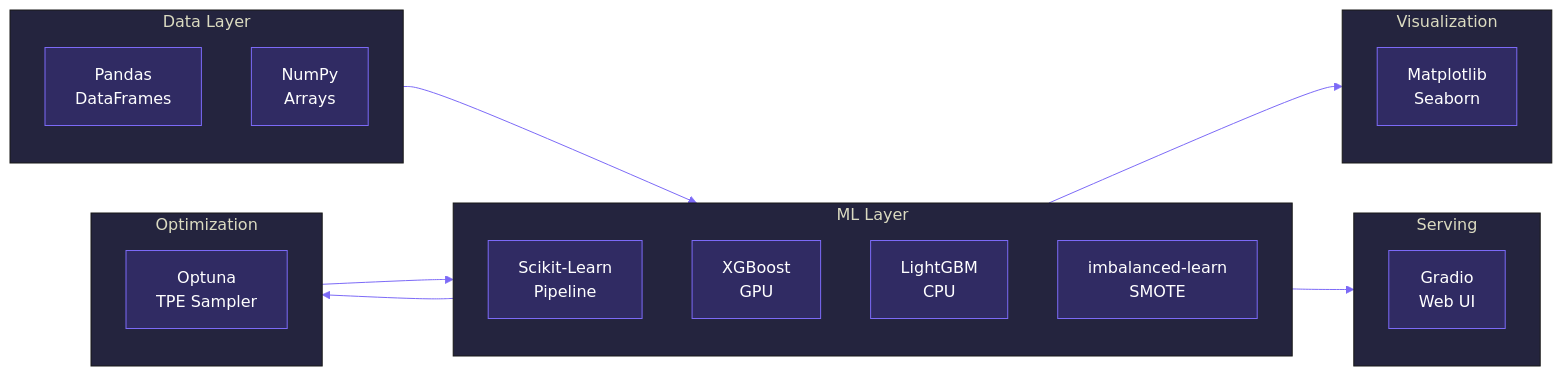
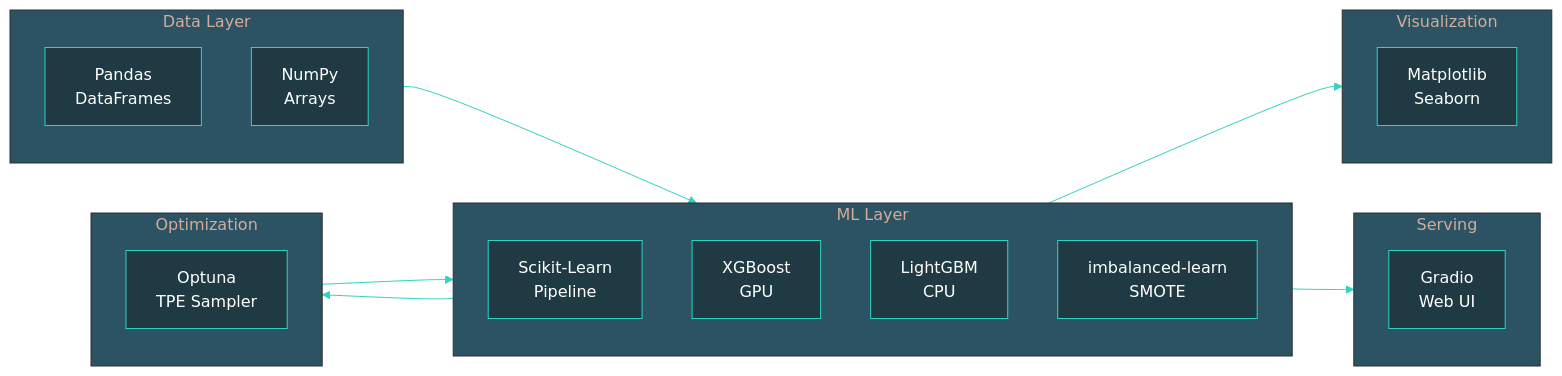
One commit to DARusrus/MedRisk-Classifier changed the third of 4 diagrams in README.md. Above: the diagram before and after it, drawn with Mermaid. The commit also changed other lines of this file, not shown here.

````diff
--- a/README.md
+++ b/README.md
@@ -255,37 +275,37 @@
 ```mermaid
 %%{init: {'theme': 'base', 'themeVariables': {
-  'primaryColor': '#302b63',
+  'primaryColor': '#203a43',
   'primaryTextColor': '#ffffff',
-  'primaryBorderColor': '#7C6AF7',
-  'lineColor': '#7C6AF7',
-  'secondaryColor': '#0f0c29',
-  'tertiaryColor': '#24243e'
+  'primaryBorderColor': '#2DD4BF',
+  'lineColor': '#2DD4BF',
+  'secondaryColor': '#0f2027',
+  'tertiaryColor': '#2c5364'
 }}}%%
 
 flowchart LR
     subgraph DATA["Data Layer"]
         P["Pandas\nDataFrames"]
         N["NumPy\nArrays"]
     end
     subgraph ML["ML Layer"]
         SK["Scikit-Learn\nPipeline"]
         XG["XGBoost\nGPU"]
         LG["LightGBM\nCPU"]
         IM["imbalanced-learn\nSMOTE"]
     end
     subgraph OPT["Optimization"]
         OP["Optuna\nTPE Sampler"]
     end
     subgraph VIZ["Visualization"]
         MP["Matplotlib\nSeaborn"]
     end
     subgraph SERVE["Serving"]
         GR["Gradio\nWeb UI"]
     end
 
     DATA --> ML
     ML --> OPT
     OPT --> ML
     ML --> VIZ
     ML --> SERVE
 ```
````
